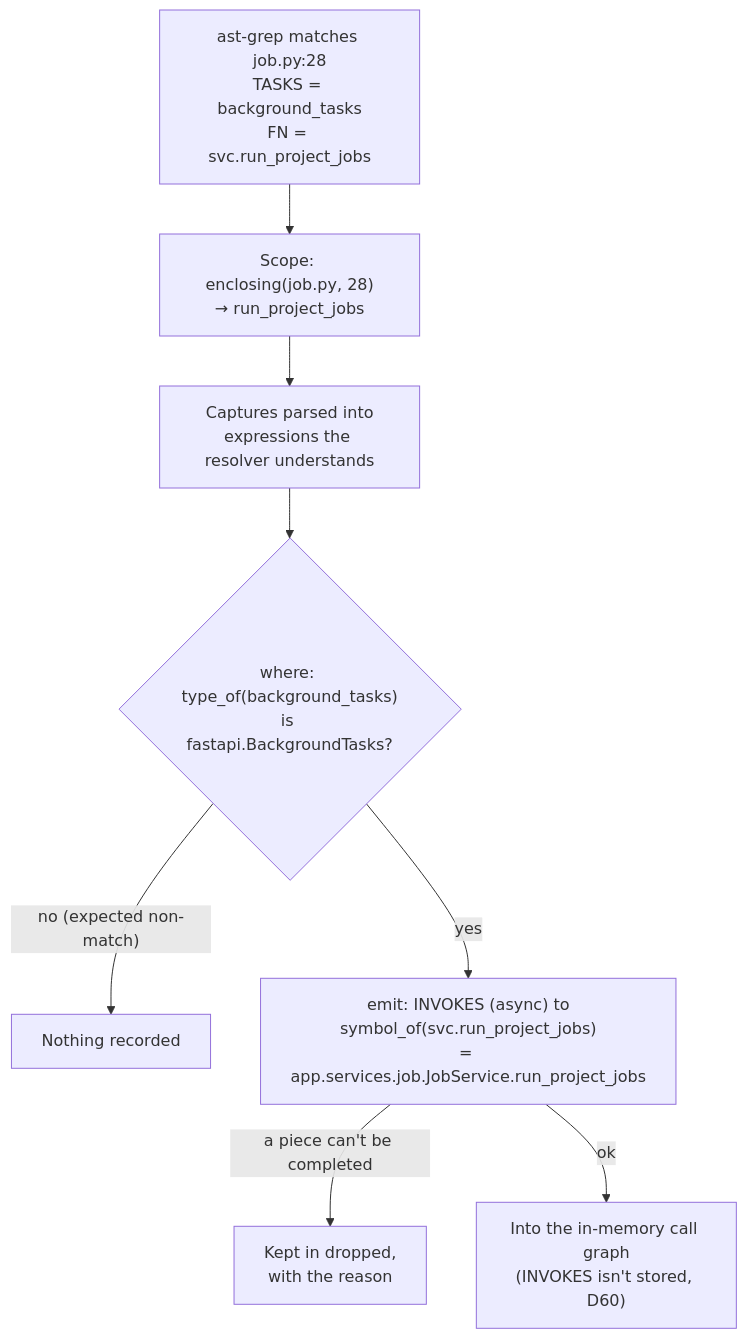
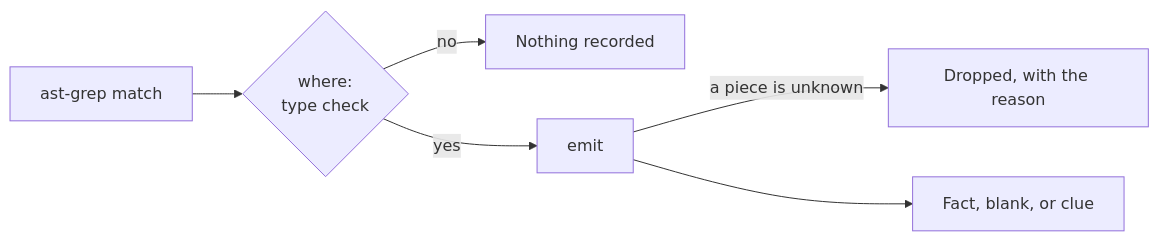
One commit to KBavis/steno changed the diagram in docs/how-it-works/ingestion/stages.md. Above: the diagram before and after it, drawn with Mermaid. The commit also changed other lines of this file and 35 other files, not shown here.

First line of the commit message:
docs: simplify the docs and record D150 (flows-first routing)

````diff
--- a/docs/how-it-works/ingestion/stages.md
+++ b/docs/how-it-works/ingestion/stages.md
@@ -136,10 +12,8 @@
 ```mermaid
-flowchart TD
-    M["ast-grep matches job.py:28<br/>TASKS = background_tasks<br/>FN = svc.run_project_jobs"] --> S["Scope: enclosing(job.py, 28)<br/>→ run_project_jobs"]
-    S --> C["Captures parsed into<br/>expressions the resolver understands"]
-    C --> W{"where: type_of(background_tasks)<br/>is fastapi.BackgroundTasks?"}
-    W -- "no (expected non-match)" --> N["Nothing recorded"]
-    W -- yes --> E["emit: INVOKES (async) to<br/>symbol_of(svc.run_project_jobs)<br/>= app.services.job.JobService.run_project_jobs"]
-    E -- "a piece can't be completed" --> D["Kept in dropped,<br/>with the reason"]
-    E -- ok --> F["Into the in-memory call graph<br/>(INVOKES isn't stored, D60)"]
+flowchart LR
+    M["ast-grep match"] --> W{"where:<br/>type check"}
+    W -- "no" --> N["Nothing recorded"]
+    W -- "yes" --> E["emit"]
+    E -- "a piece is unknown" --> D["Dropped, with the reason"]
+    E --> F["Fact, blank, or clue"]
 ```
````
